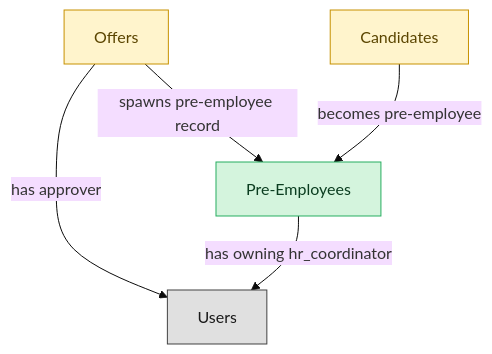
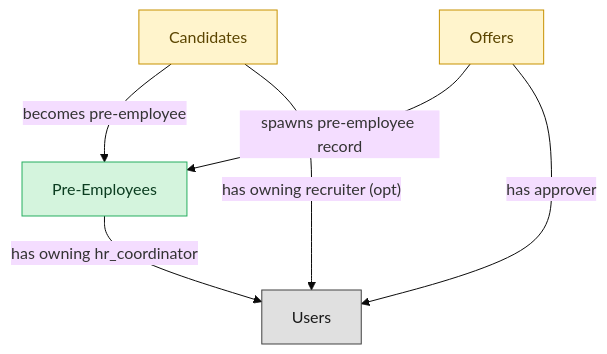
The diagram in catalog/blueprints/ats-pre-employee-record-semantic-blueprint.md (IntranetFactory/domain-map), drawn with Mermaid (base theme) before and after one commit. The commit also changed other lines of this file and 170 other files, not shown here.

````diff
--- a/catalog/blueprints/ats-pre-employee-record-semantic-blueprint.md
+++ b/catalog/blueprints/ats-pre-employee-record-semantic-blueprint.md
@@ -28,18 +30,19 @@
 ```mermaid
 flowchart TD
   classDef master fill:#d4f4dd,stroke:#27ae60,color:#0b3d20;
   classDef embedded_master fill:#fff4cc,stroke:#c79100,color:#5b4500;
   classDef platform_builtin fill:#e0e0e0,stroke:#424242,color:#1a1a1a;
   pre_employees["Pre-Employees"]
   candidates["Candidates"]
   job_offers["Offers"]
   users["Users"]
   job_offers -->|"spawns pre-employee record"| pre_employees
   candidates -->|"becomes pre-employee"| pre_employees
+  candidates -->|"has owning recruiter (opt)"| users
   job_offers -->|"has approver"| users
   pre_employees -->|"has owning hr_coordinator"| users
   class pre_employees master;
   class candidates embedded_master;
   class job_offers embedded_master;
   class users platform_builtin;
 ```
````
